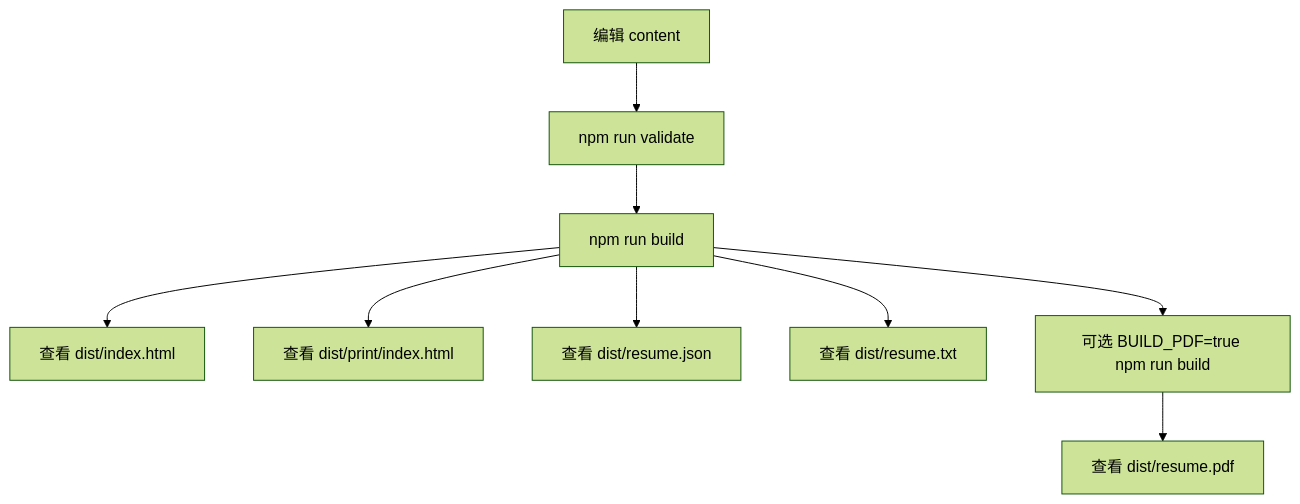
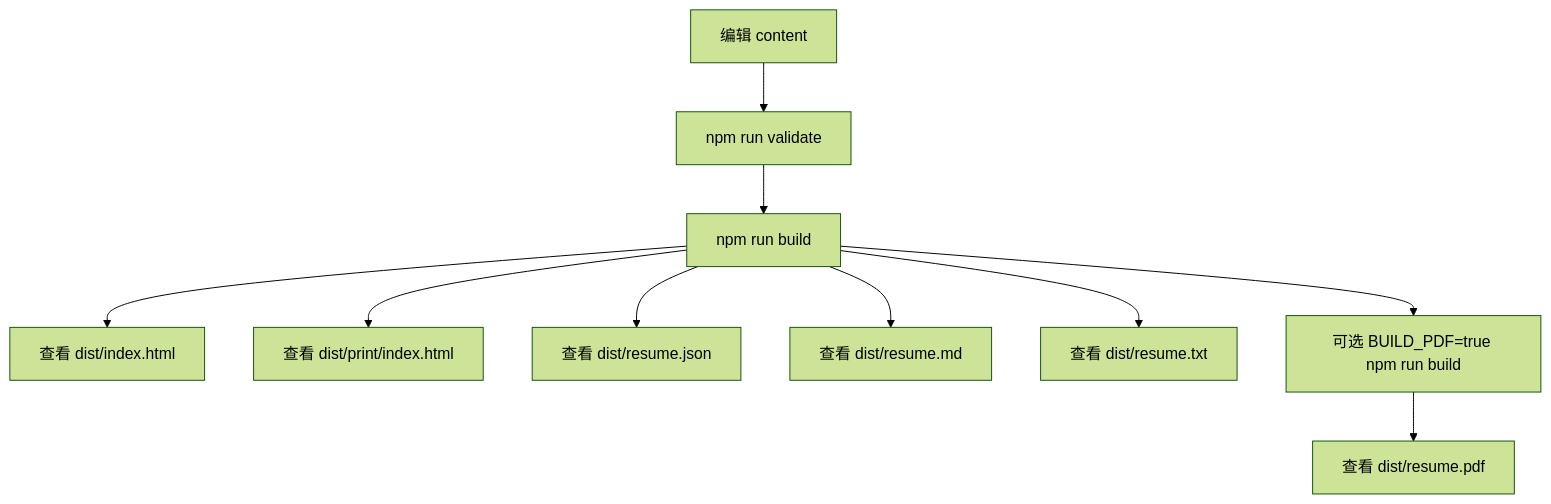
The third of 3 diagrams in docs/architecture-and-flow.md (Shadowzzh/resume), drawn with Mermaid (forest theme) before and after one commit. The commit also changed other lines of this file and 6 other files, not shown here.

````diff
--- a/docs/architecture-and-flow.md
+++ b/docs/architecture-and-flow.md
@@ -181,11 +186,12 @@
 ```mermaid
 flowchart TD
     A[编辑 content] --> B[npm run validate]
     B --> C[npm run build]
     C --> D[查看 dist/index.html]
     C --> E[查看 dist/print/index.html]
     C --> F[查看 dist/resume.json]
-    C --> G[查看 dist/resume.txt]
-    C --> H[可选 BUILD_PDF=true npm run build]
-    H --> I[查看 dist/resume.pdf]
+    C --> G[查看 dist/resume.md]
+    C --> H[查看 dist/resume.txt]
+    C --> I[可选 BUILD_PDF=true npm run build]
+    I --> J[查看 dist/resume.pdf]
 ```
````
